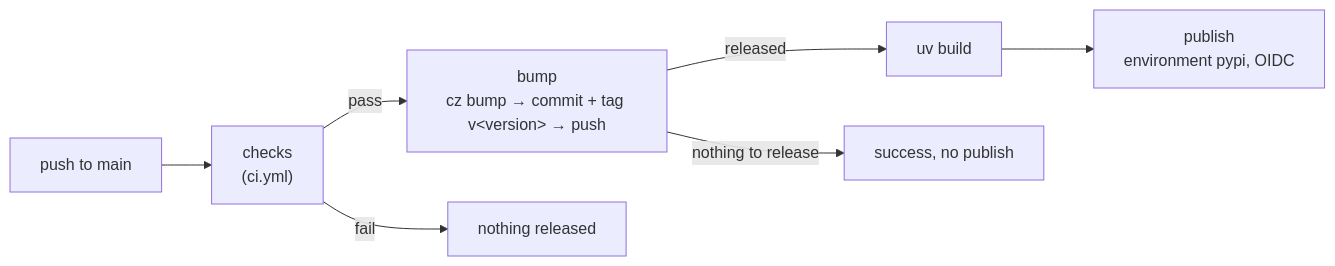
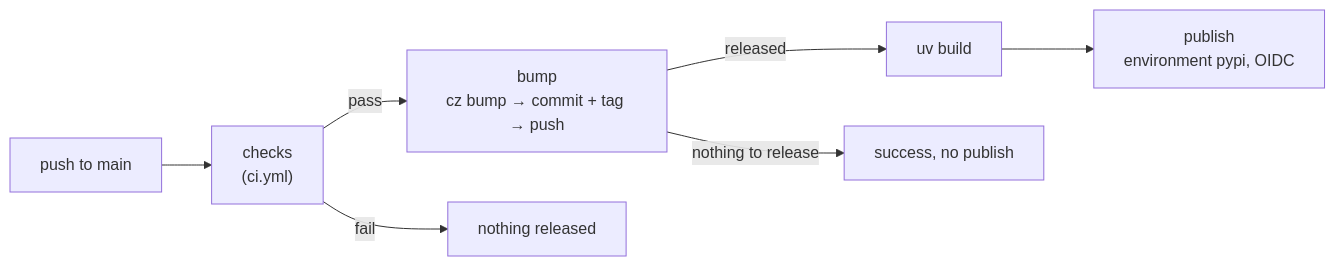
The diagram in docs/guide/releasing.md (MadaraUchiha-314/tiny-harness), drawn with Mermaid before and after one commit. The commit also changed 10 other files, not shown here.

First line of the commit message:
docs: render mermaid diagrams on the docs site

````diff
--- a/docs/guide/releasing.md
+++ b/docs/guide/releasing.md
@@ -19,9 +19,9 @@
 ```mermaid
 flowchart LR
   push[push to main] --> checks["checks<br/>(ci.yml)"]
-  checks -->|pass| bump["bump<br/>cz bump → commit + tag v&lt;version&gt; → push"]
+  checks -->|pass| bump["bump<br/>cz bump → commit + tag → push"]
   bump -->|released| build[uv build]
   build --> publish["publish<br/>environment pypi, OIDC"]
   checks -->|fail| stop[nothing released]
   bump -->|nothing to release| noop[success, no publish]
 ```
````
